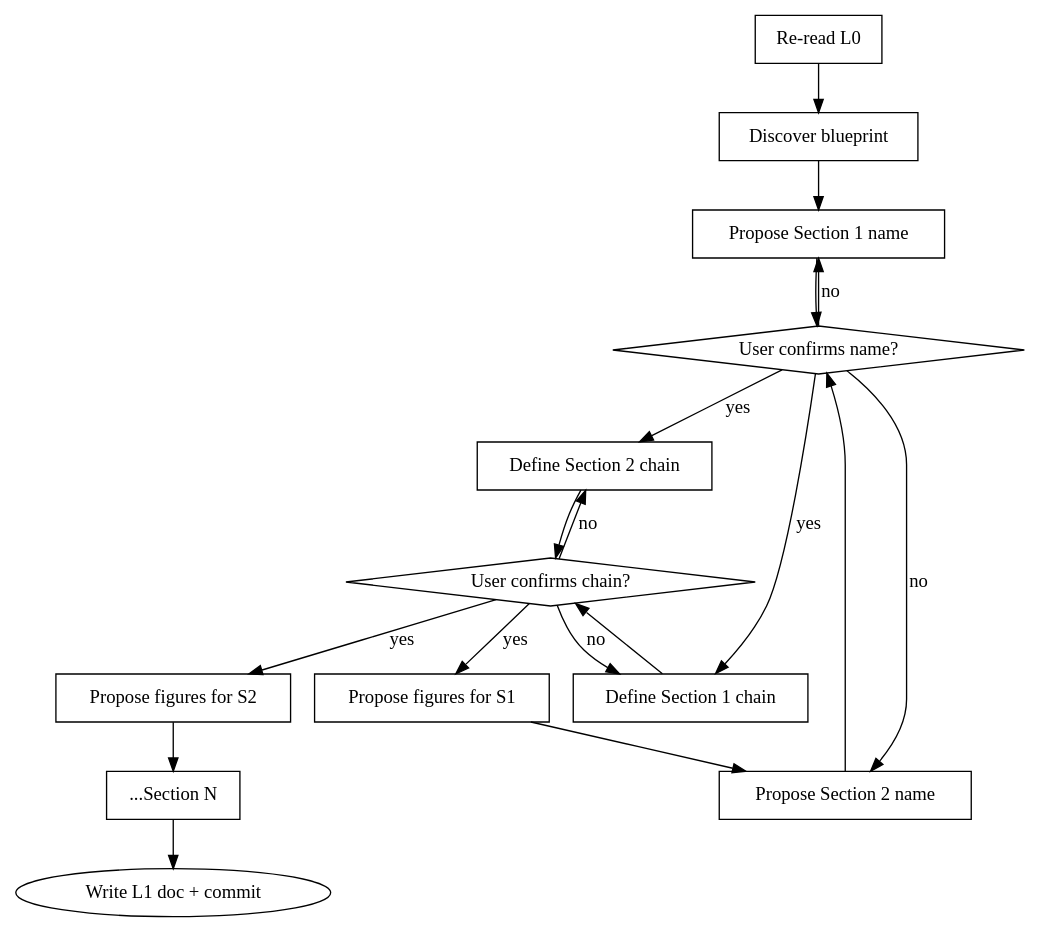
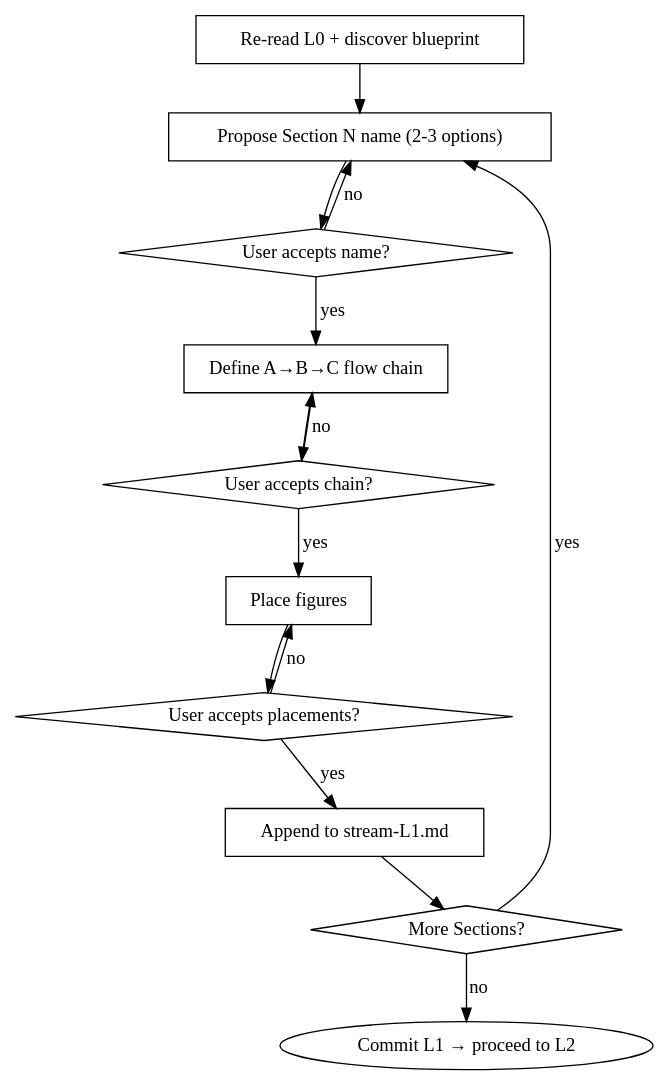
The diagram in skills/paper-writing/l1-chapter-structure.md (Deadpoolmine/systematic-research-skills), drawn with Graphviz before and after one commit. The commit also changed other lines of this file and 10 other files, not shown here.

````diff
--- a/skills/paper-writing/l1-chapter-structure.md
+++ b/skills/paper-writing/l1-chapter-structure.md
@@ -56,37 +22,29 @@
 ```dot
-digraph l1_flow {
+digraph l1 {
     rankdir=TB;
-    "Re-read L0" [shape=box];
-    "Discover blueprint" [shape=box];
-    "Propose Section 1 name" [shape=box];
-    "User confirms name?" [shape=diamond];
-    "Define Section 1 chain" [shape=box];
-    "User confirms chain?" [shape=diamond];
-    "Propose figures for S1" [shape=box];
-    "Propose Section 2 name" [shape=box];
-    "User confirms name?" [shape=diamond];
-    "Define Section 2 chain" [shape=box];
-    "User confirms chain?" [shape=diamond];
-    "Propose figures for S2" [shape=box];
-    "...Section N" [shape=box];
-    "Write L1 doc + commit" [shape=oval];
+    "Re-read L0 + discover blueprint" [shape=box];
+    "Propose Section N name (2-3 options)" [shape=box];
+    "User accepts name?" [shape=diamond];
+    "Define A→B→C flow chain" [shape=box];
+    "User accepts chain?" [shape=diamond];
+    "Place figures" [shape=box];
+    "User accepts placements?" [shape=diamond];
+    "Append to stream-L1.md" [shape=box];
+    "More Sections?" [shape=diamond];
+    "Commit L1 → proceed to L2" [shape=oval];
 
-    "Re-read L0" -> "Discover blueprint";
-    "Discover blueprint" -> "Propose Section 1 name";
-    "Propose Section 1 name" -> "User confirms name?";
-    "User confirms name?" -> "Propose Section 1 name" [label="no"];
-    "User confirms name?" -> "Define Section 1 chain" [label="yes"];
-    "Define Section 1 chain" -> "User confirms chain?";
-    "User confirms chain?" -> "Define Section 1 chain" [label="no"];
-    "User confirms chain?" -> "Propose figures for S1" [label="yes"];
-    "Propose figures for S1" -> "Propose Section 2 name";
-    "Propose Section 2 name" -> "User confirms name?";
-    "User confirms name?" -> "Propose Section 2 name" [label="no"];
-    "User confirms name?" -> "Define Section 2 chain" [label="yes"];
-    "Define Section 2 chain" -> "User confirms chain?";
-    "User confirms chain?" -> "Define Section 2 chain" [label="no"];
-    "User confirms chain?" -> "Propose figures for S2" [label="yes"];
-    "Propose figures for S2" -> "...Section N";
-    "...Section N" -> "Write L1 doc + commit";
+    "Re-read L0 + discover blueprint" -> "Propose Section N name (2-3 options)";
+    "Propose Section N name (2-3 options)" -> "User accepts name?";
+    "User accepts name?" -> "Propose Section N name (2-3 options)" [label="no"];
+    "User accepts name?" -> "Define A→B→C flow chain" [label="yes"];
+    "Define A→B→C flow chain" -> "User accepts chain?";
+    "User accepts chain?" -> "Define A→B→C flow chain" [label="no"];
+    "User accepts chain?" -> "Place figures" [label="yes"];
+    "Place figures" -> "User accepts placements?";
+    "User accepts placements?" -> "Place figures" [label="no"];
+    "User accepts placements?" -> "Append to stream-L1.md" [label="yes"];
+    "Append to stream-L1.md" -> "More Sections?";
+    "More Sections?" -> "Propose Section N name (2-3 options)" [label="yes"];
+    "More Sections?" -> "Commit L1 → proceed to L2" [label="no"];
 }
 ```
````
